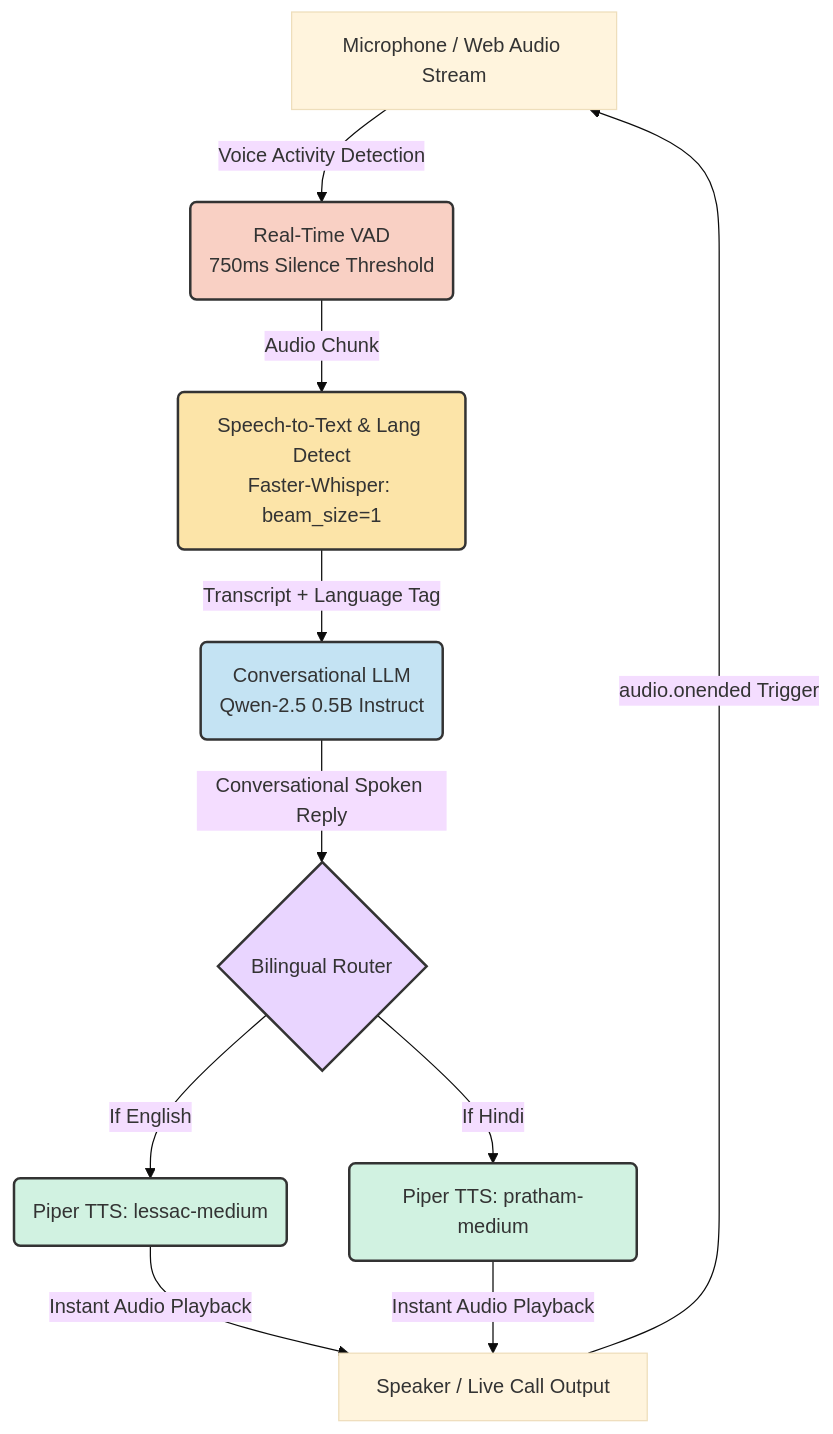
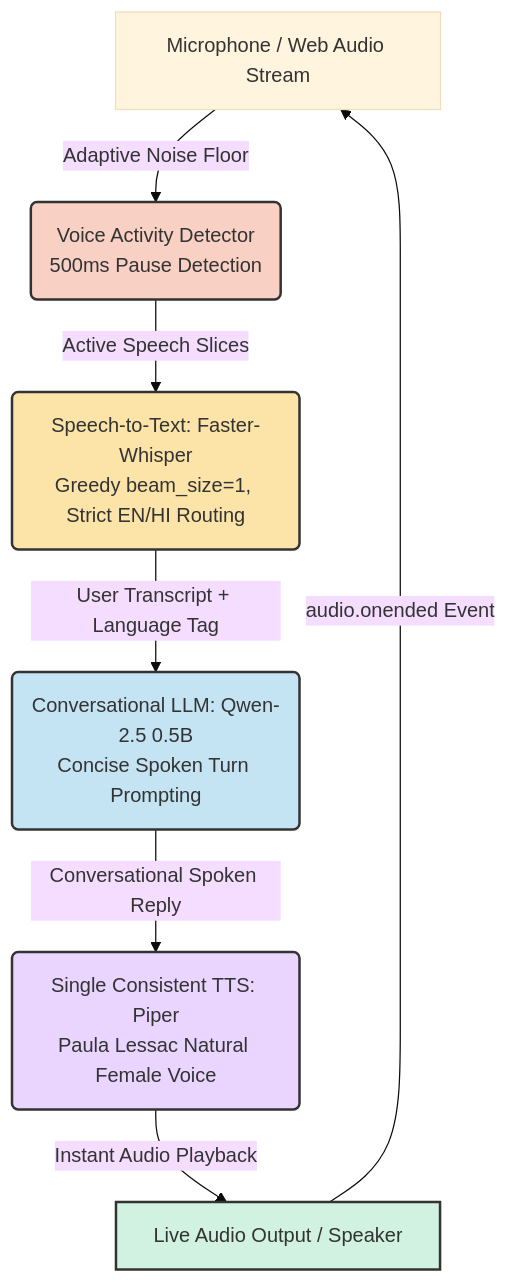
Before and after one commit to dhruvt293/Aura-Voice-Assistant-Trikon-: the diagram in README.md, drawn with Mermaid (base theme). The commit also changed other lines of this file, not shown here.

Commit message:
docs: polish README with full details on continuous live call, sub-second latency, consistent female voice, and strict EN/HI routing

````diff
--- a/README.md
+++ b/README.md
@@ -33,21 +38,15 @@
 ```mermaid
 graph TD
-    A[Microphone / Web Audio Stream] -->|Voice Activity Detection| B(Real-Time VAD\n750ms Silence Threshold)
-    B -->|Audio Chunk| C(Speech-to-Text & Lang Detect\nFaster-Whisper: beam_size=1)
-    C -->|Transcript + Language Tag| D(Conversational LLM\nQwen-2.5 0.5B Instruct)
-    D -->|Conversational Spoken Reply| E{Bilingual Router}
-    
-    E -->|If English| F(Piper TTS: lessac-medium)
-    E -->|If Hindi| G(Piper TTS: pratham-medium)
-    
-    F -->|Instant Audio Playback| H[Speaker / Live Call Output]
-    G -->|Instant Audio Playback| H
-    H -->|audio.onended Trigger| A
-    
+    A[Microphone / Web Audio Stream] -->|Adaptive Noise Floor| B(Voice Activity Detector\n500ms Pause Detection)
+    B -->|Active Speech Slices| C(Speech-to-Text: Faster-Whisper\nGreedy beam_size=1, Strict EN/HI Routing)
+    C -->|User Transcript + Language Tag| D(Conversational LLM: Qwen-2.5 0.5B\nConcise Spoken Turn Prompting)
+    D -->|Conversational Spoken Reply| E(Single Consistent TTS: Piper\nPaula Lessac Natural Female Voice)
+    E -->|Instant Audio Playback| F[Live Audio Output / Speaker]
+    F -->|audio.onended Event| A
+
     style B fill:#f9d0c4,stroke:#333,stroke-width:2px
     style C fill:#fce4a8,stroke:#333,stroke-width:2px
     style D fill:#c4e3f3,stroke:#333,stroke-width:2px
     style E fill:#e9d5ff,stroke:#333,stroke-width:2px
     style F fill:#d1f2e1,stroke:#333,stroke-width:2px
-    style G fill:#d1f2e1,stroke:#333,stroke-width:2px
 ```
````
